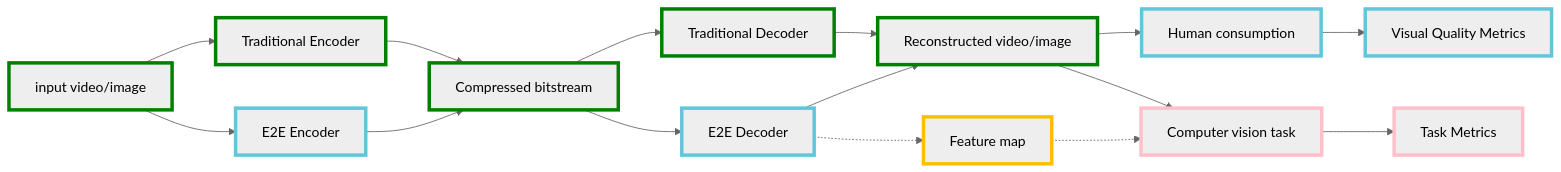
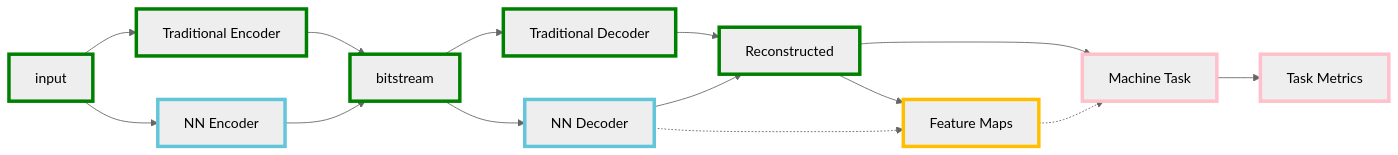
One commit to InterDigitalInc/CompressAI-Vision changed the diagram in README.md. Above: the diagram before and after it, drawn with Mermaid (neutral theme). The commit also changed other lines of this file, not shown here.

Commit message:
prune fig to make text bigger

````diff
--- a/README.md
+++ b/README.md
@@ -16,21 +16,20 @@
 ```mermaid
 graph LR
-    A[input video/image]:::other -->B
+    A[input]:::other -->B
     A --> B1
     B[Traditional Encoder]:::other --> C
-    B1[E2E Encoder]:::cai--> C
-    C[Compressed bitstream]:::other --> D
+    B1[NN Encoder]:::cai--> C
+    C[bitstream]:::other --> D
     C --> D1
     D[Traditional Decoder]:::other--> E
-    D1[E2E Decoder]:::cai-->E
+    D1[NN Decoder]:::cai-->E
     D1 -.-> H
-    E[Reconstructed video/image]:::other--> F
-    E --> F1
-    F[Human consumption]:::cai --> G[Visual Quality Metrics]:::cai
-    F1[Computer vision task]:::cav --> G1[Task Metrics]:::cav
-    H[Feature map]:::future -.-> F1
+    E[Reconstructed]:::other--> F
+    E --> H
+    F[Machine Task]:::cav --> G1[Task Metrics]:::cav
+    H[Feature Maps]:::future -.-> F
     classDef cai stroke:#63C5DA,stroke-width:4px
     classDef cav stroke:#FFC0CB,stroke-width:4px
     classDef other stroke:#008000,stroke-width:4px
     classDef future stroke:#FFBF00,stroke-width:4px
 ```
````
